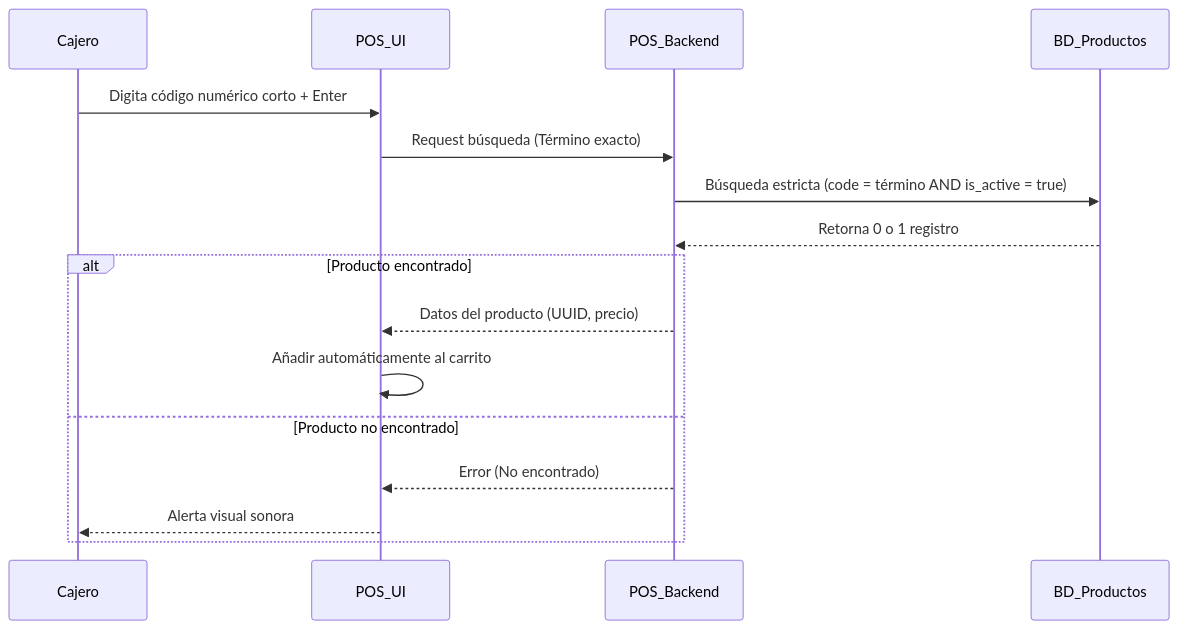
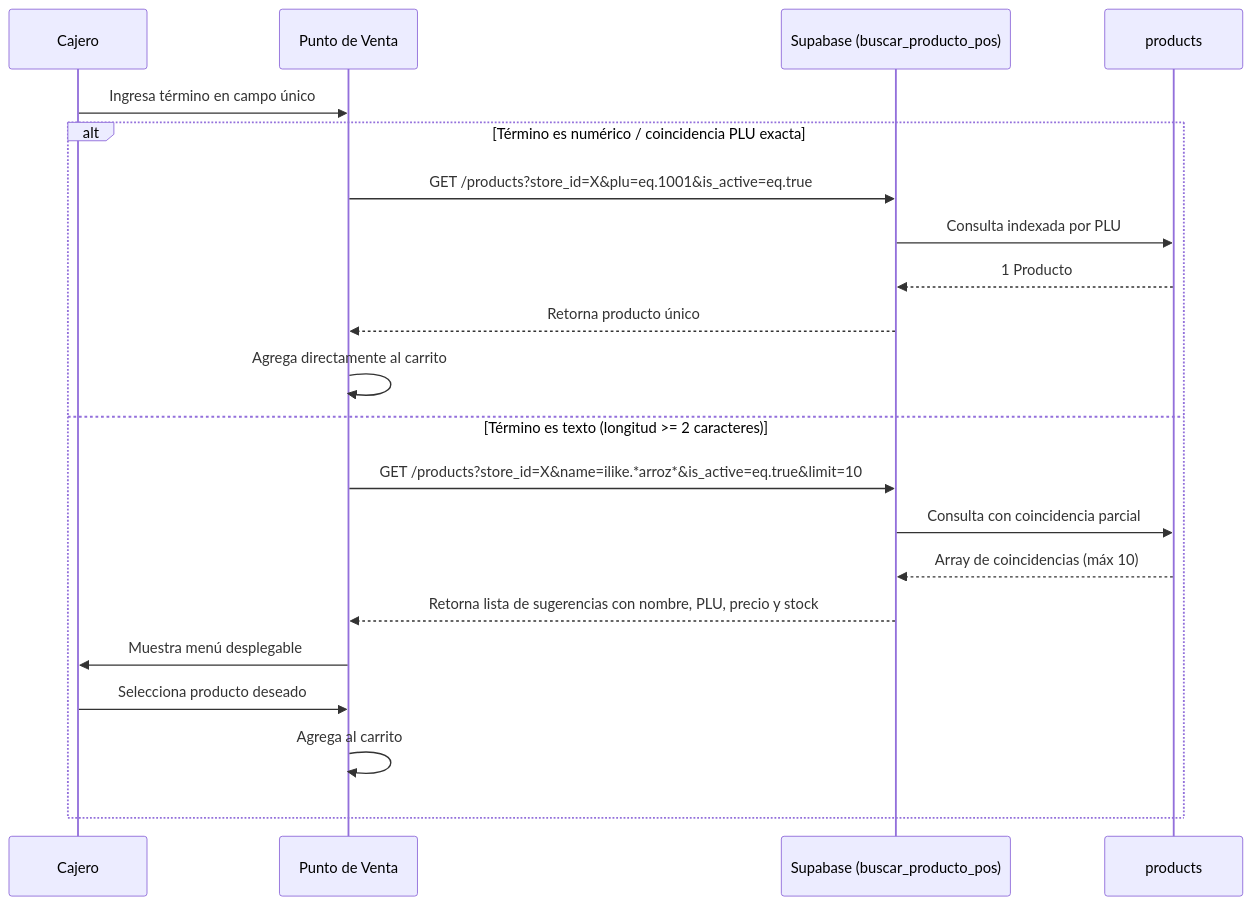
Before and after one commit to YamirJCF/tienda-barrio-pro: the first of 3 diagrams in documentation/01_requirements/SDD/SDD_006_03_CODIGO_PRODUCTO.md, drawn with Mermaid. The commit also changed other lines of this file and 5 other files, not shown here.

````diff
--- a/documentation/01_requirements/SDD/SDD_006_03_CODIGO_PRODUCTO.md
+++ b/documentation/01_requirements/SDD/SDD_006_03_CODIGO_PRODUCTO.md
@@ -28,19 +53,24 @@
 ```mermaid
 sequenceDiagram
     participant Cajero
-    participant POS_UI
-    participant POS_Backend
-    participant BD_Productos
-    
-    Cajero->>POS_UI: Digita código numérico corto + Enter
-    POS_UI->>POS_Backend: Request búsqueda (Término exacto)
-    POS_Backend->>BD_Productos: Búsqueda estricta (code = término AND is_active = true)
-    BD_Productos-->>POS_Backend: Retorna 0 o 1 registro
-    alt Producto encontrado
-        POS_Backend-->>POS_UI: Datos del producto (UUID, precio)
-        POS_UI->>POS_UI: Añadir automáticamente al carrito
-    else Producto no encontrado
-        POS_Backend-->>POS_UI: Error (No encontrado)
-        POS_UI-->>Cajero: Alerta visual sonora
+    participant POS as Punto de Venta
+    participant API as Supabase (buscar_producto_pos)
+    participant DB as products
+
+    Cajero->>POS: Ingresa término en campo único
+    alt Término es numérico / coincidencia PLU exacta
+        POS->>API: GET /products?store_id=X&plu=eq.1001&is_active=eq.true
+        API->>DB: Consulta indexada por PLU
+        DB-->>API: 1 Producto
+        API-->>POS: Retorna producto único
+        POS->>POS: Agrega directamente al carrito
+    else Término es texto (longitud >= 2 caracteres)
+        POS->>API: GET /products?store_id=X&name=ilike.*arroz*&is_active=eq.true&limit=10
+        API->>DB: Consulta con coincidencia parcial
+        DB-->>API: Array de coincidencias (máx 10)
+        API-->>POS: Retorna lista de sugerencias con nombre, PLU, precio y stock
+        POS->>Cajero: Muestra menú desplegable
+        Cajero->>POS: Selecciona producto deseado
+        POS->>POS: Agrega al carrito
     end
 ```
````
